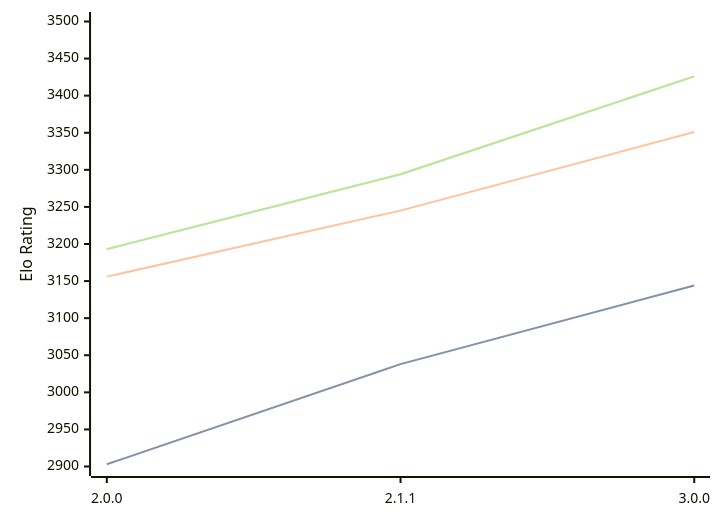
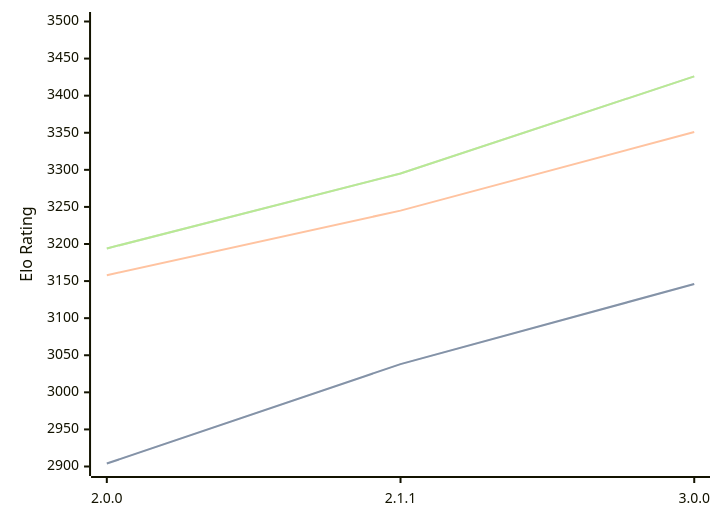
One commit to computer-chess-index/cci changed the diagram in engines/Bread.md. Above: the diagram before and after it, drawn with Mermaid. The commit also changed other lines of this file, not shown here.

Commit message:
Update CCI Ratings (ELO VLTC) - 2026-05-01

````diff
--- a/engines/Bread.md
+++ b/engines/Bread.md
@@ -51,11 +51,11 @@
 ```mermaid
 %%{init: {"theme":"base","themeVariables":{"seriesColors:['#a3a3a3','#222221','#faa371']}}}%%
 xychart-beta
   x-axis ["2.0.0", "2.1.1", "3.0.0"]
   y-axis "Elo Rating" 2900 --> 3500
-  line "STC (8.0+0.08s)" [2903, 3038, 3144]
-  line "STC (8.0+0.08s)" [2903, 3038, 3144]
-  line "LTC (60.0+0.60s)" [3156, 3245, 3351]
-  line "VLTC (2m24s+1.12s)" [3193, 3294, 3426]
-  line "VLTC (2m24s+1.12s)" [3193, 3294, 3426]
+  line "STC (8.0+0.08s)" [2904, 3038, 3146]
+  line "STC (8.0+0.08s)" [2904, 3038, 3146]
+  line "LTC (60.0+0.60s)" [3158, 3245, 3351]
+  line "VLTC (2m24s+1.12s)" [3194, 3295, 3426]
+  line "VLTC (2m24s+1.12s)" [3194, 3295, 3426]
 ```
````
